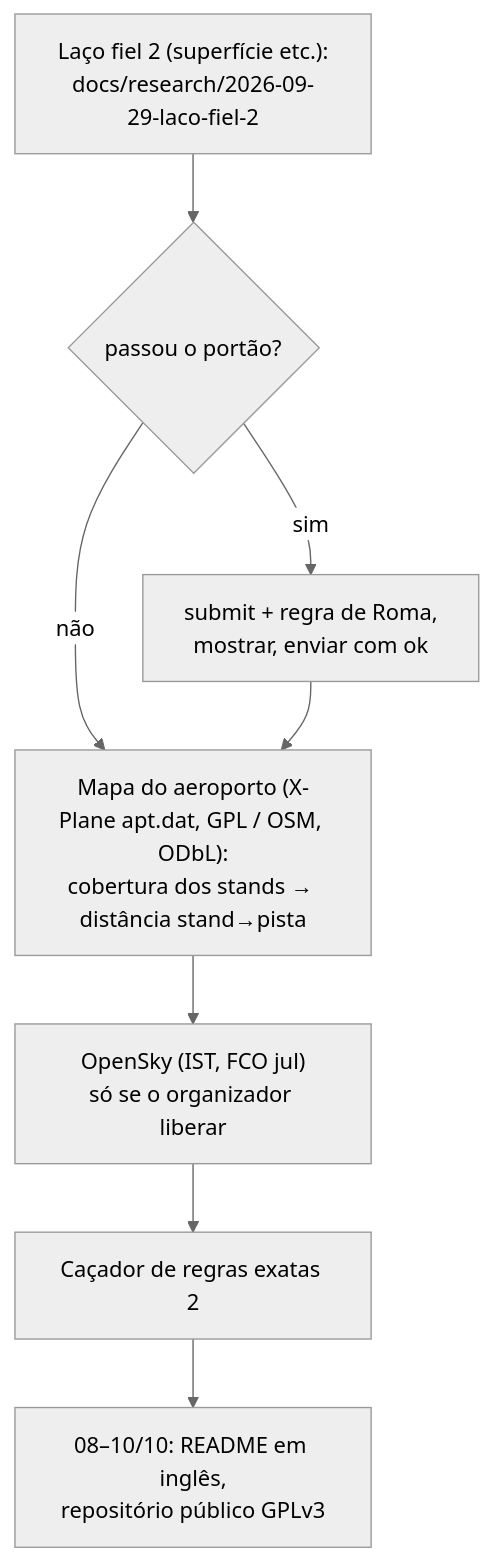
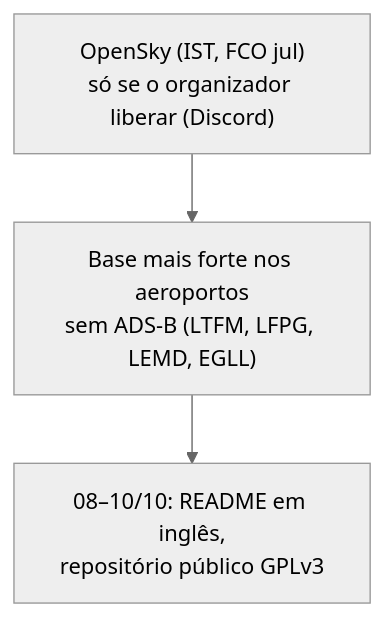
One commit to EnioAguiar/prc-taxiout-2026 changed the third of 3 diagrams in docs/mapa.md. Above: the diagram before and after it, drawn with Mermaid (neutral theme). The commit also changed other lines of this file and 9 other files, not shown here.

Commit message:
v28 = 249,16 oficial (campeã); caçador de regras 2 sem achado; testes e mapa.md atualizados

````diff
--- a/docs/mapa.md
+++ b/docs/mapa.md
@@ -94,10 +99,5 @@
 ```mermaid
 flowchart TD
-    A["Laço fiel 2 (superfície etc.):<br/>docs/research/2026-09-29-laco-fiel-2"] --> B{"passou o portão?"}
-    B -->|sim| E["submit + regra de Roma,<br/>mostrar, enviar com ok"]
-    B -->|não| M
-    E --> M["Mapa do aeroporto (X-Plane apt.dat, GPL / OSM, ODbL):<br/>cobertura dos stands → distância stand→pista"]
-    M --> O["OpenSky (IST, FCO jul)<br/>só se o organizador liberar"]
-    O --> R["Caçador de regras exatas 2"]
-    R --> FIM["08–10/10: README em inglês,<br/>repositório público GPLv3"]
+    O["OpenSky (IST, FCO jul)<br/>só se o organizador liberar (Discord)"] --> B["Base mais forte nos aeroportos<br/>sem ADS-B (LTFM, LFPG, LEMD, EGLL)"]
+    B --> FIM["08–10/10: README em inglês,<br/>repositório público GPLv3"]
 ```
````
